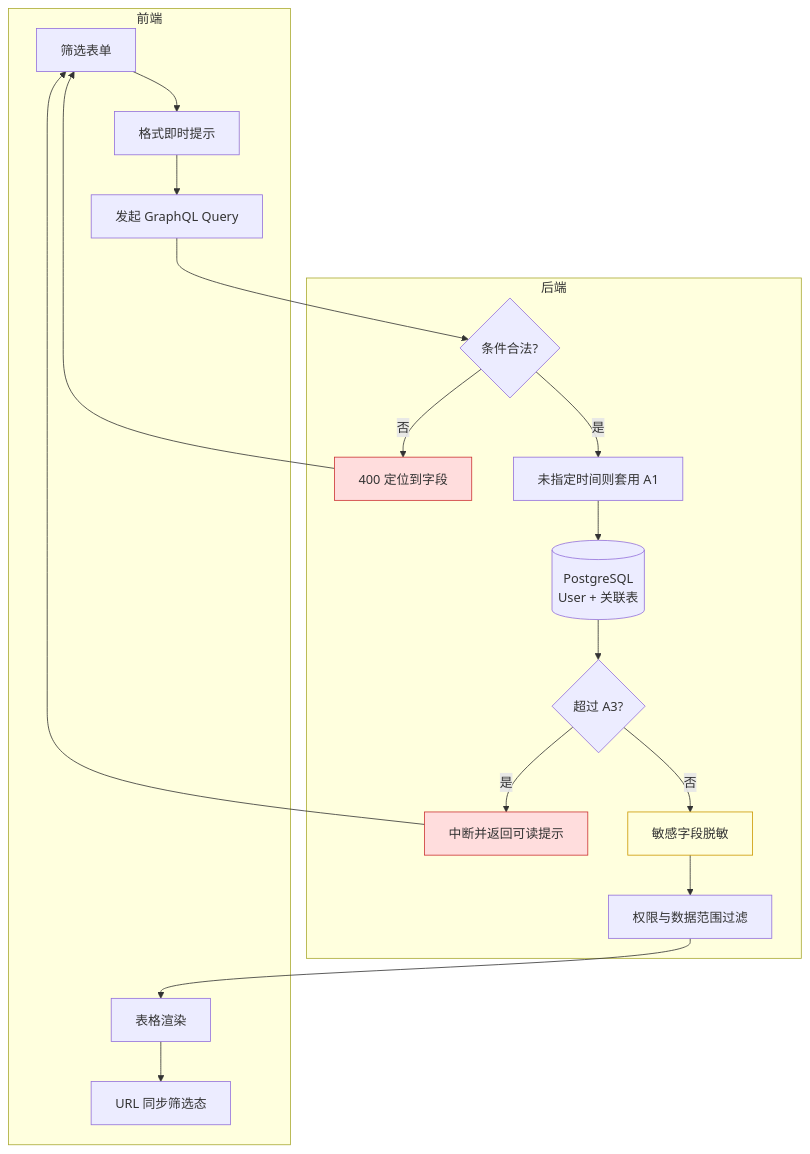
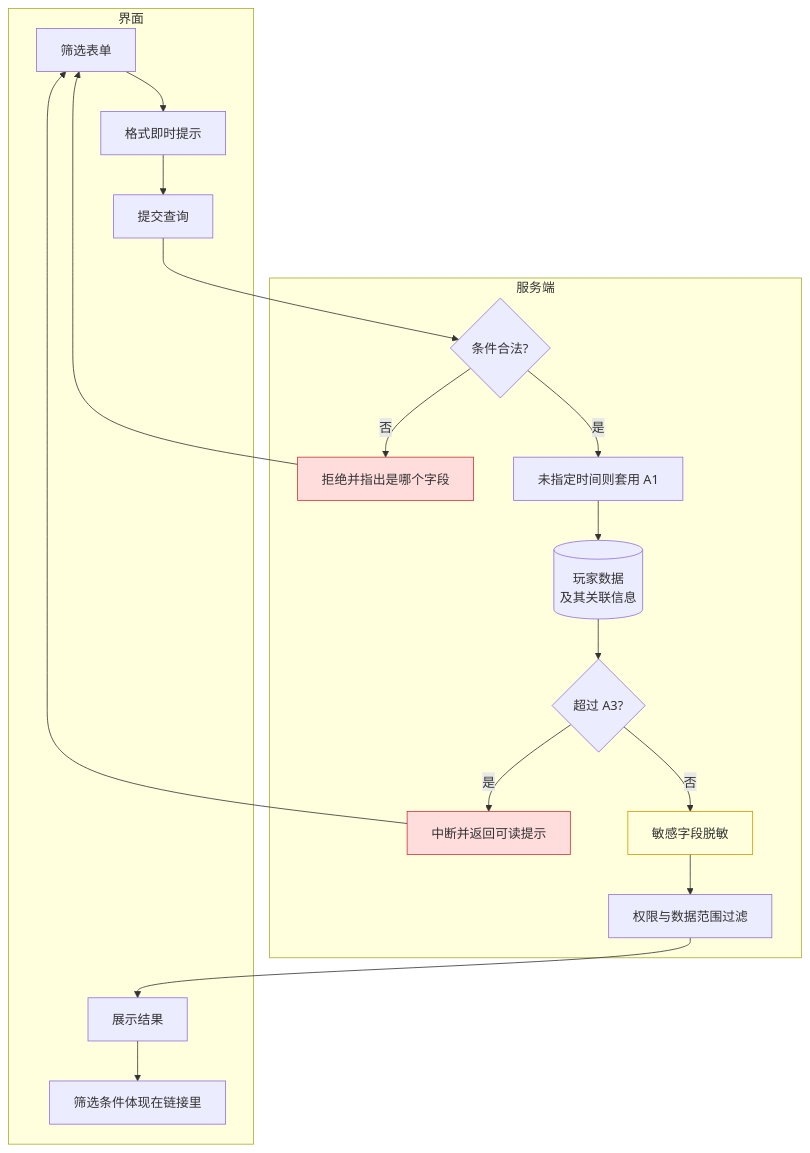
The third of 3 diagrams in M2-用户管理/2.1-用户列表/README.md (bingo-lab-1/bingo-figma), drawn with Mermaid before and after one commit. The commit also changed other lines of this file and 4 other files, not shown here.

````diff
--- a/M2-用户管理/2.1-用户列表/README.md
+++ b/M2-用户管理/2.1-用户列表/README.md
@@ -244,25 +244,25 @@
 ```mermaid
 flowchart TD
-    subgraph FE[前端]
+    subgraph FE[界面]
         A[筛选表单] --> B[格式即时提示]
-        B --> C[发起 GraphQL Query]
-        M[表格渲染] --> N[URL 同步筛选态]
+        B --> C[提交查询]
+        M[展示结果] --> N[筛选条件体现在链接里]
     end
-    subgraph BE[后端]
+    subgraph BE[服务端]
         C --> D{条件合法?}
-        D -- 否 --> E[400 定位到字段]
+        D -- 否 --> E[拒绝并指出是哪个字段]
         D -- 是 --> F[未指定时间则套用 A1]
-        F --> G[(PostgreSQL<br/>User + 关联表)]
+        F --> G[(玩家数据<br/>及其关联信息)]
         G --> H{超过 A3?}
         H -- 是 --> I[中断并返回可读提示]
         H -- 否 --> J[敏感字段脱敏]
         J --> K[权限与数据范围过滤]
         K --> M
     end
     E --> A
     I --> A
 
     style E fill:#fdd,stroke:#c33
     style I fill:#fdd,stroke:#c33
     style J fill:#ffd,stroke:#c90
 ```
````
